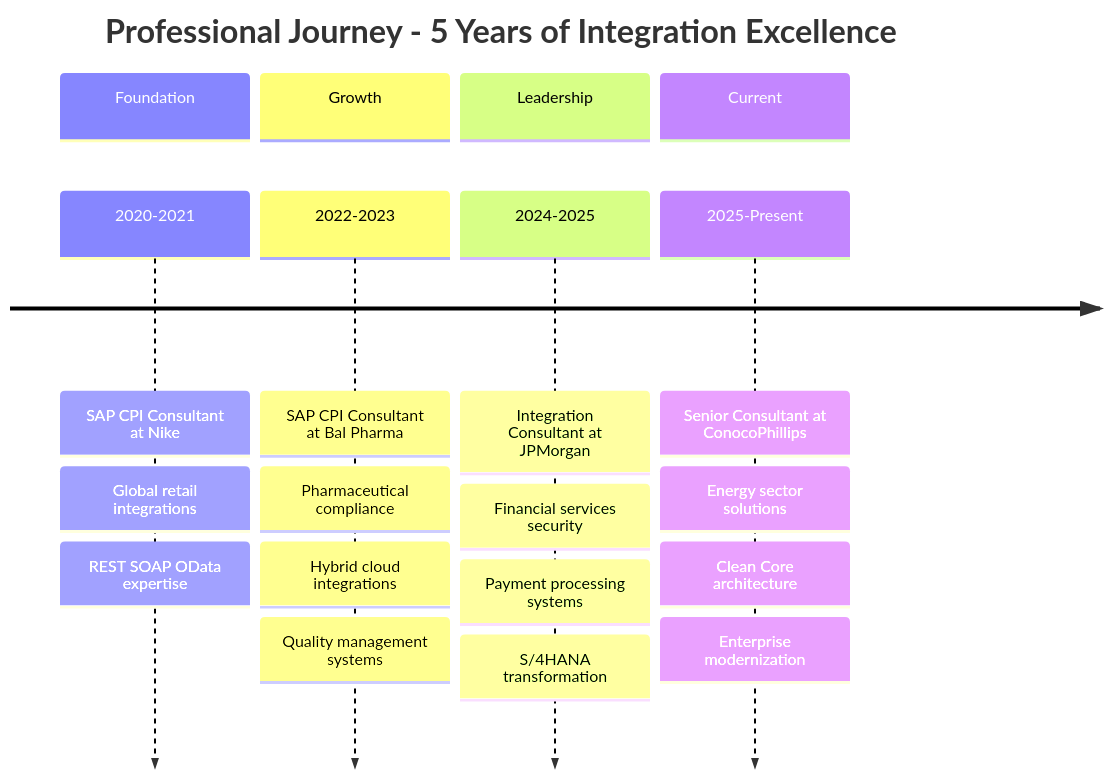
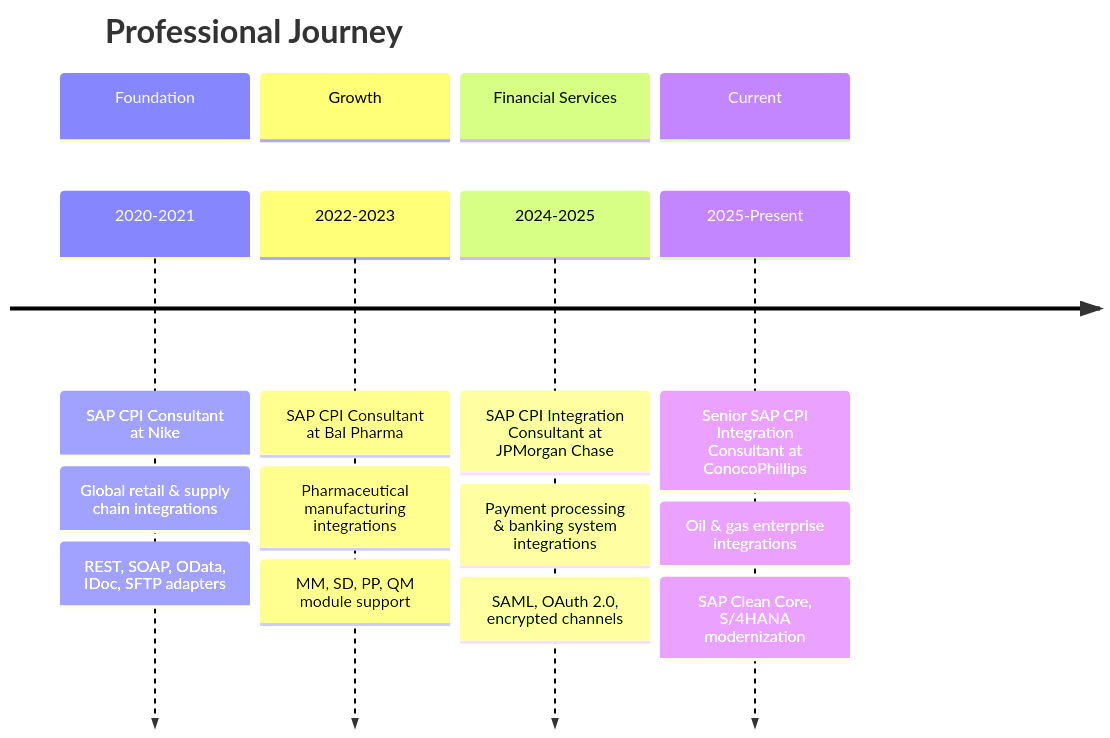
Before and after one commit to manoj-iflowdev/manoj-iflowdev: the first of 2 diagrams in README.md, drawn with Mermaid. The commit also changed other lines of this file, not shown here.

````diff
--- a/README.md
+++ b/README.md
@@ -89,23 +36,20 @@
 ```mermaid
 timeline
-    title Professional Journey - 5 Years of Integration Excellence
+    title Professional Journey
     section Foundation
         2020-2021 : SAP CPI Consultant at Nike
-                  : Global retail integrations
-                  : REST SOAP OData expertise
+                  : Global retail & supply chain integrations
+                  : REST, SOAP, OData, IDoc, SFTP adapters
     section Growth
         2022-2023 : SAP CPI Consultant at Bal Pharma
-                  : Pharmaceutical compliance
-                  : Hybrid cloud integrations
-                  : Quality management systems
-    section Leadership
-        2024-2025 : Integration Consultant at JPMorgan
-                  : Financial services security
-                  : Payment processing systems
-                  : S/4HANA transformation
+                  : Pharmaceutical manufacturing integrations
+                  : MM, SD, PP, QM module support
+    section Financial Services
+        2024-2025 : SAP CPI Integration Consultant at JPMorgan Chase
+                  : Payment processing & banking system integrations
+                  : SAML, OAuth 2.0, encrypted channels
     section Current
-        2025-Present : Senior Consultant at ConocoPhillips
-                     : Energy sector solutions
-                     : Clean Core architecture
-                     : Enterprise modernization
+        2025-Present : Senior SAP CPI Integration Consultant at ConocoPhillips
+                     : Oil & gas enterprise integrations
+                     : SAP Clean Core, S/4HANA modernization
 ```
````
